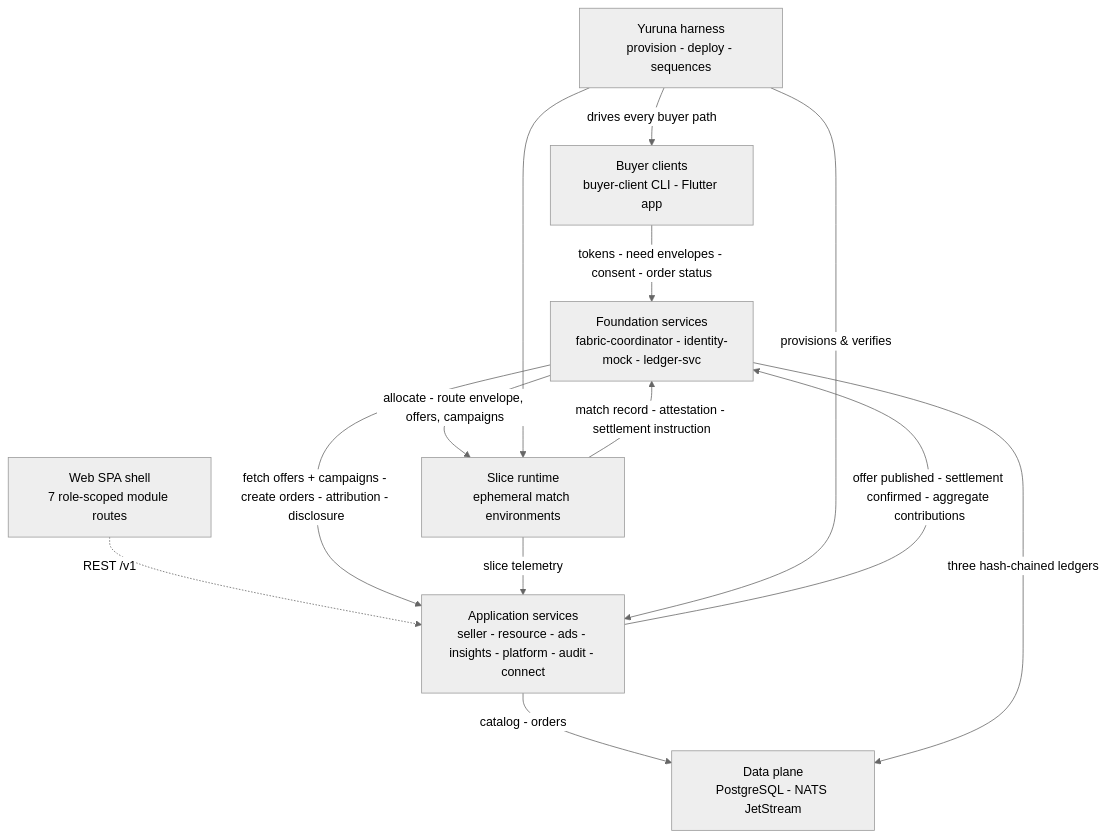
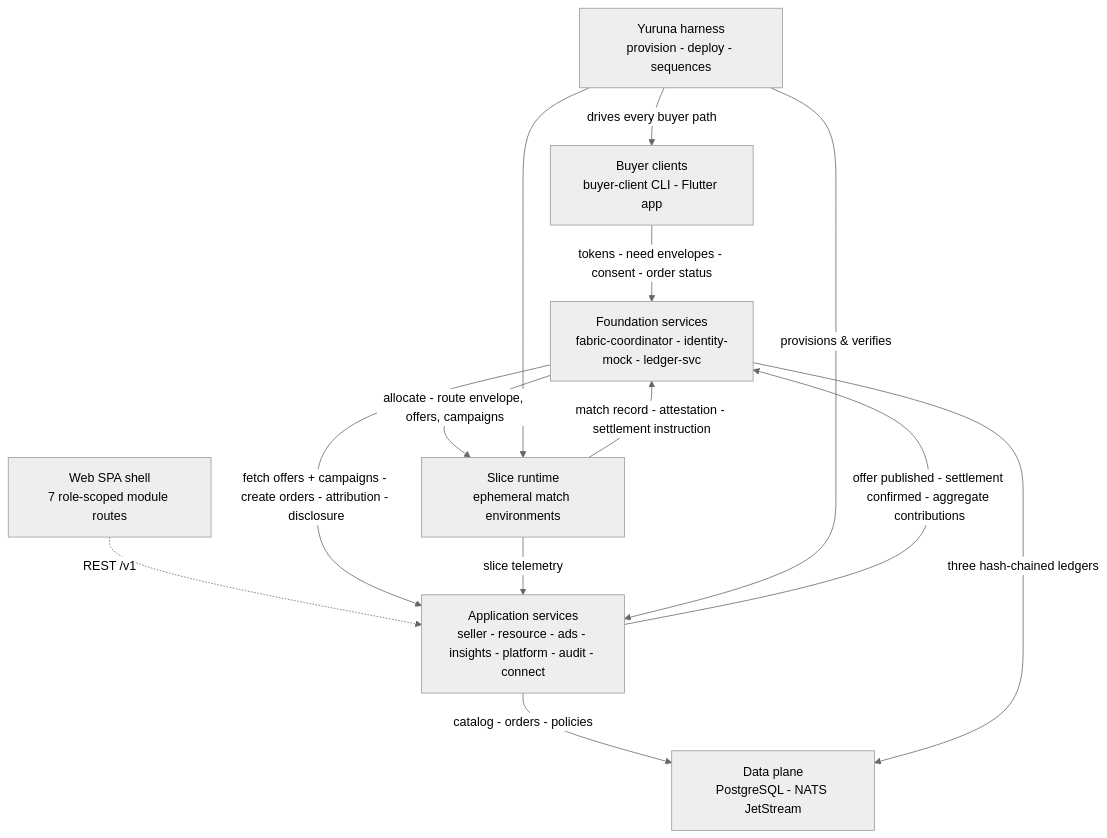
The first of 2 diagrams in plan/design/01-overview.md (alius-git/amisad.dev), drawn with Mermaid (neutral theme) before and after one commit. The commit also changed other lines of this file and 41 other files, not shown here.

First line of the commit message:
Index the AmisAd design diagrams and keep each within seven boxes

````diff
--- a/plan/design/01-overview.md
+++ b/plan/design/01-overview.md
@@ -9,23 +9,23 @@
 ```mermaid
 flowchart TD
     buyer["Buyer clients<br/>buyer-client CLI - Flutter app"]
     web["Web SPA shell<br/>7 role-scoped module routes"]
     core["Application services<br/>seller - resource - ads - insights - platform - audit - connect"]
     found["Foundation services<br/>fabric-coordinator - identity-mock - ledger-svc"]
     edge["Slice runtime<br/>ephemeral match environments"]
     data["Data plane<br/>PostgreSQL - NATS JetStream"]
     yuruna["Yuruna harness<br/>provision - deploy - sequences"]
 
     buyer -->|"tokens - need envelopes - consent - order status"| found
     web -.->|"REST /v1"| core
-    core -->|"catalog - orders"| data
+    core -->|"catalog - orders - policies"| data
     found -->|"three hash-chained ledgers"| data
     found -->|"fetch offers + campaigns - create orders - attribution - disclosure"| core
     core -->|"offer published - settlement confirmed - aggregate contributions"| found
     found -->|"allocate - route envelope, offers, campaigns"| edge
     edge -->|"match record - attestation - settlement instruction"| found
     edge -->|"slice telemetry"| core
     yuruna -->|"provisions & verifies"| core
     yuruna --> edge
     yuruna -->|"drives every buyer path"| buyer
 ```
````
